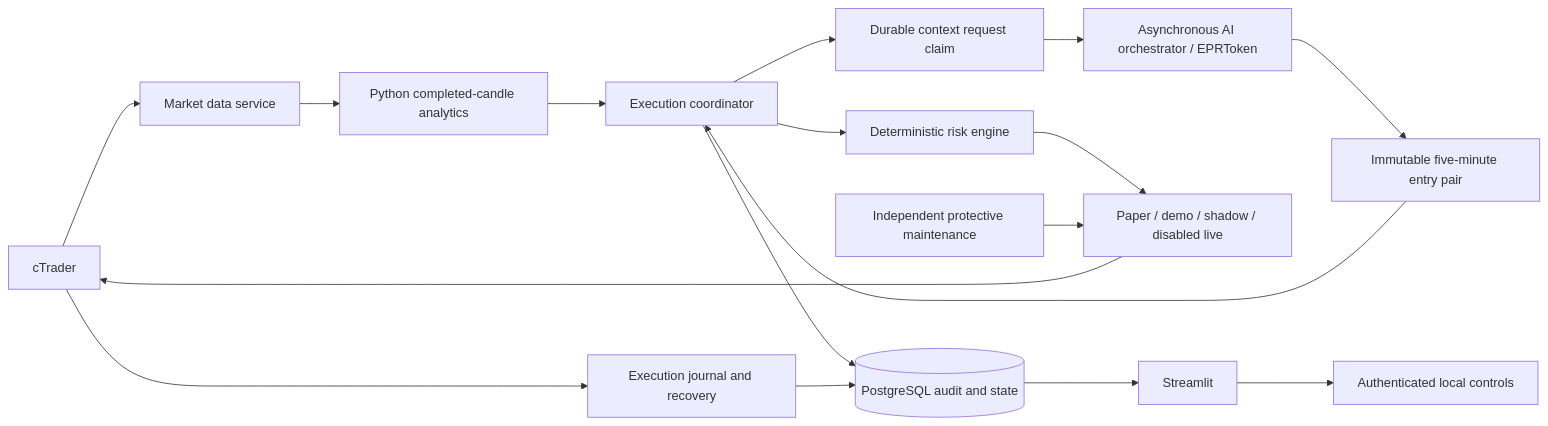
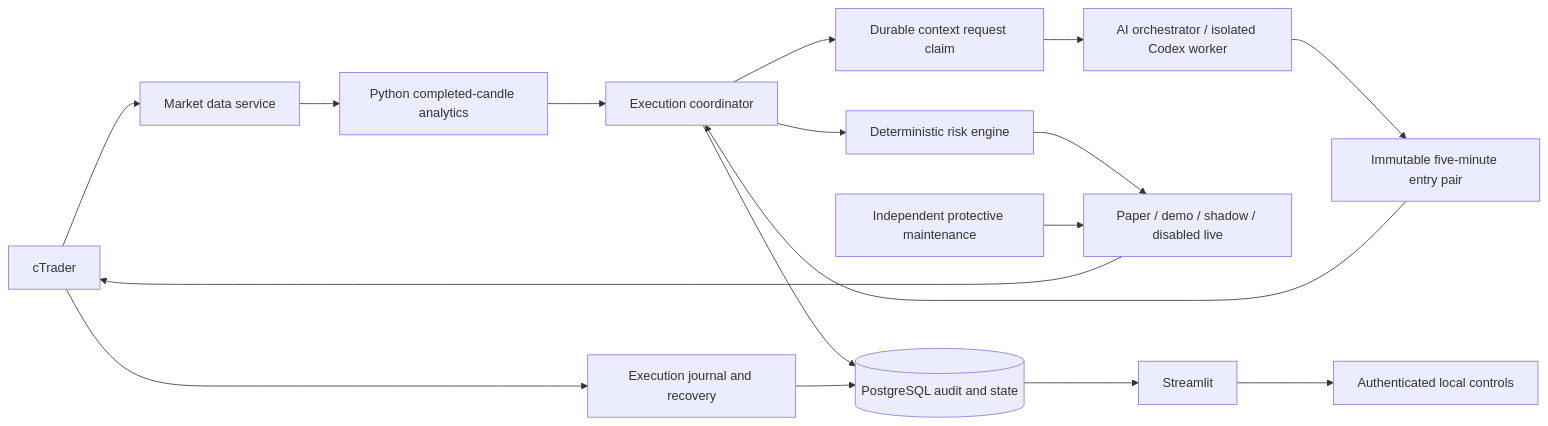
The diagram in docs/architecture.md (AegisFintech/scalping-bot), drawn with Mermaid before and after one commit. The commit also changed other lines of this file and 32 other files, not shown here.

First line of the commit message:
Switch demo entry analysis to isolated subscription Codex (#317)

````diff
--- a/docs/architecture.md
+++ b/docs/architecture.md
@@ -82,19 +85,19 @@
 ```mermaid
 flowchart LR
   Broker[cTrader] --> Market[Market data service]
   Market --> Analytics[Python completed-candle analytics]
   Analytics --> Coordinator[Execution coordinator]
   Coordinator --> Claim[Durable context request claim]
-  Claim --> AI[Asynchronous AI orchestrator / EPRToken]
+  Claim --> AI[AI orchestrator / isolated Codex worker]
   AI --> Context[Immutable five-minute entry pair]
   Context --> Coordinator
   Coordinator --> Risk[Deterministic risk engine]
   Risk --> Gateway[Paper / demo / shadow / disabled live]
   Gateway --> Broker
   Maintenance[Independent protective maintenance] --> Gateway
   Coordinator --> DB[(PostgreSQL audit and state)]
   Broker --> Journal[Execution journal and recovery]
   Journal --> DB
   DB --> UI[Streamlit]
   UI --> Controls[Authenticated local controls]
 ```
````
